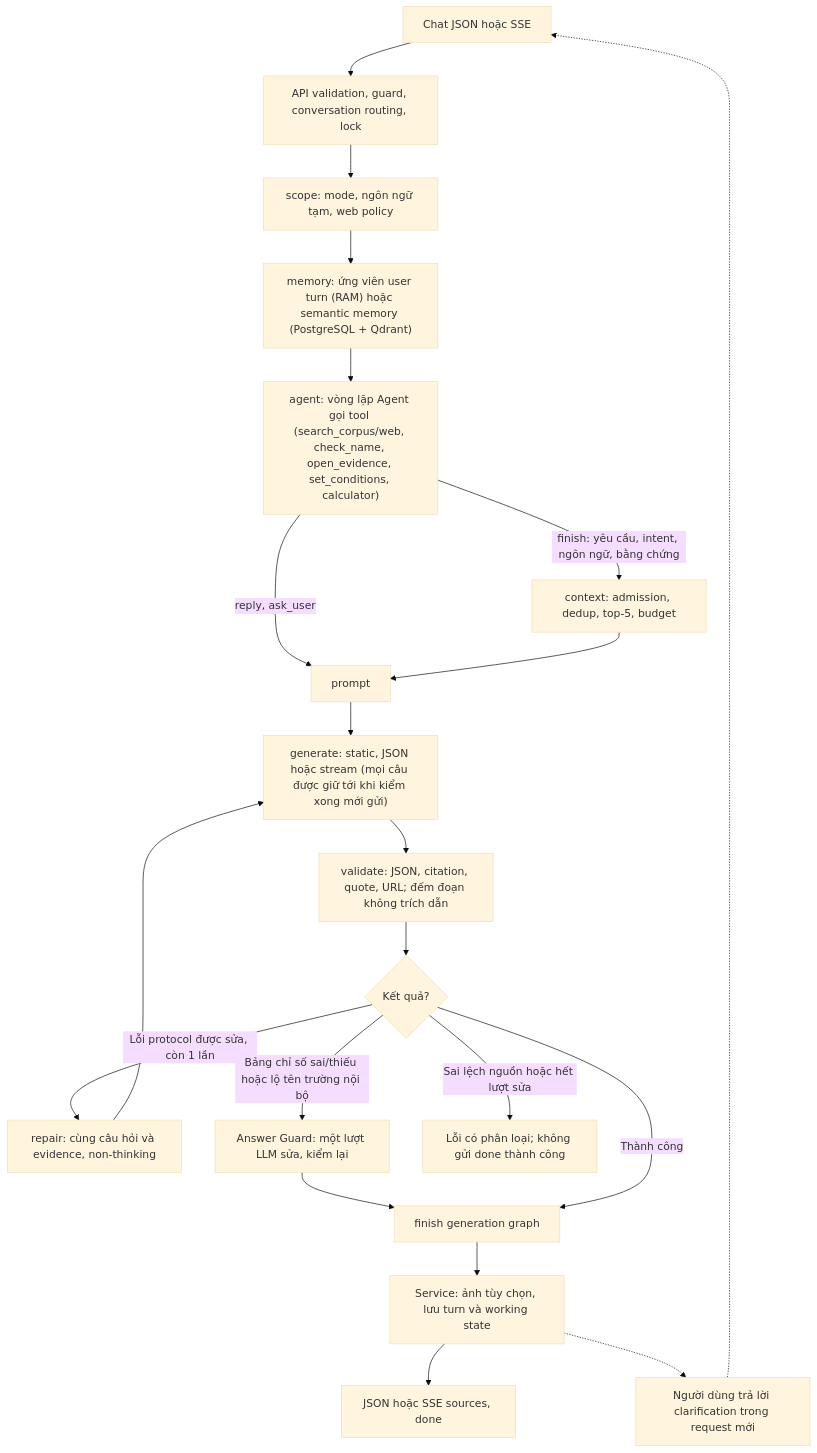
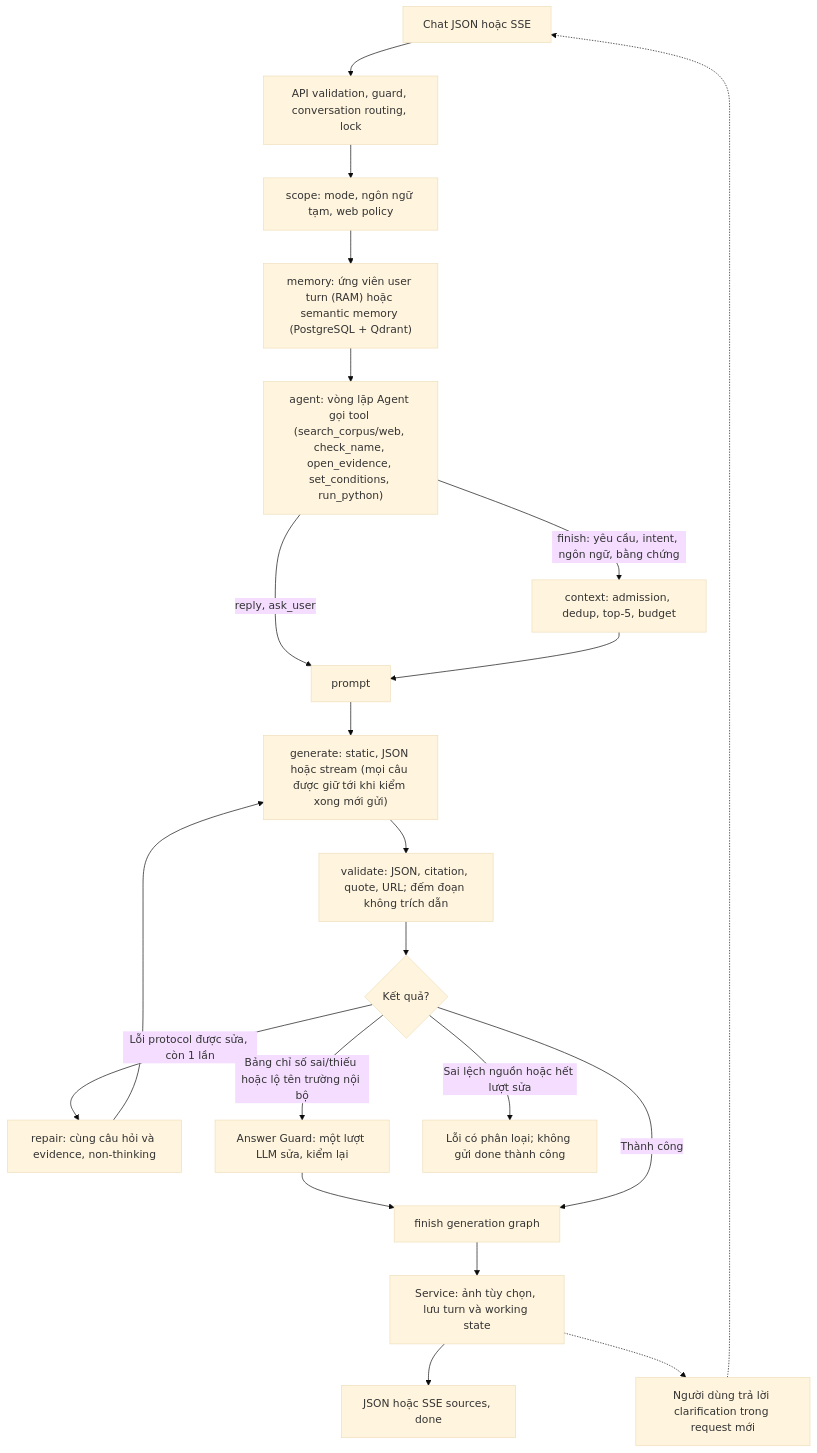
One commit to HoanBuCon/Index-Beast changed the diagram in docs/api/langgraph-memory.md. Above: the diagram before and after it, drawn with Mermaid (base theme). The commit also changed 36 other files, not shown here.

````diff
--- a/docs/api/langgraph-memory.md
+++ b/docs/api/langgraph-memory.md
@@ -24,23 +24,23 @@
 ```mermaid
 graph TD
     A["Chat JSON hoặc SSE"] --> B["API validation, guard, conversation routing, lock"]
     B --> S["scope: mode, ngôn ngữ tạm, web policy"]
     S --> M["memory: ứng viên user turn (RAM) hoặc semantic memory (PostgreSQL + Qdrant)"]
-    M --> D["agent: vòng lặp Agent gọi tool (search_corpus/web, check_name, open_evidence, set_conditions, calculator)"]
+    M --> D["agent: vòng lặp Agent gọi tool (search_corpus/web, check_name, open_evidence, set_conditions, run_python)"]
     D -->|"reply, ask_user"| P["prompt"]
     D -->|"finish: yêu cầu, intent, ngôn ngữ, bằng chứng"| X["context: admission, dedup, top-5, budget"]
     X --> P
     P --> E["generate: static, JSON hoặc stream (mọi câu được giữ tới khi kiểm xong mới gửi)"]
     E --> V["validate: JSON, citation, quote, URL; đếm đoạn không trích dẫn"]
     V --> VQ{"Kết quả?"}
     VQ -->|"Lỗi protocol được sửa, còn 1 lần"| F["repair: cùng câu hỏi và evidence, non-thinking"]
     F --> E
     VQ -->|"Bảng chỉ số sai/thiếu hoặc lộ tên trường nội bộ"| G["Answer Guard: một lượt LLM sửa, kiểm lại"]
     G --> Z["finish generation graph"]
     VQ -->|"Thành công"| Z
     VQ -->|"Sai lệch nguồn hoặc hết lượt sửa"| ER["Lỗi có phân loại; không gửi done thành công"]
     Z --> IM["Service: ảnh tùy chọn, lưu turn và working state"]
     IM --> OUT["JSON hoặc SSE sources, done"]
     IM -.-> NEXT["Người dùng trả lời clarification trong request mới"]
     NEXT -.-> A
 ```
````
